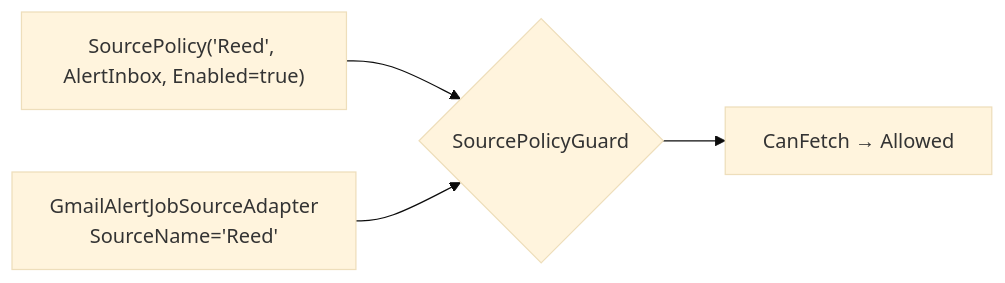
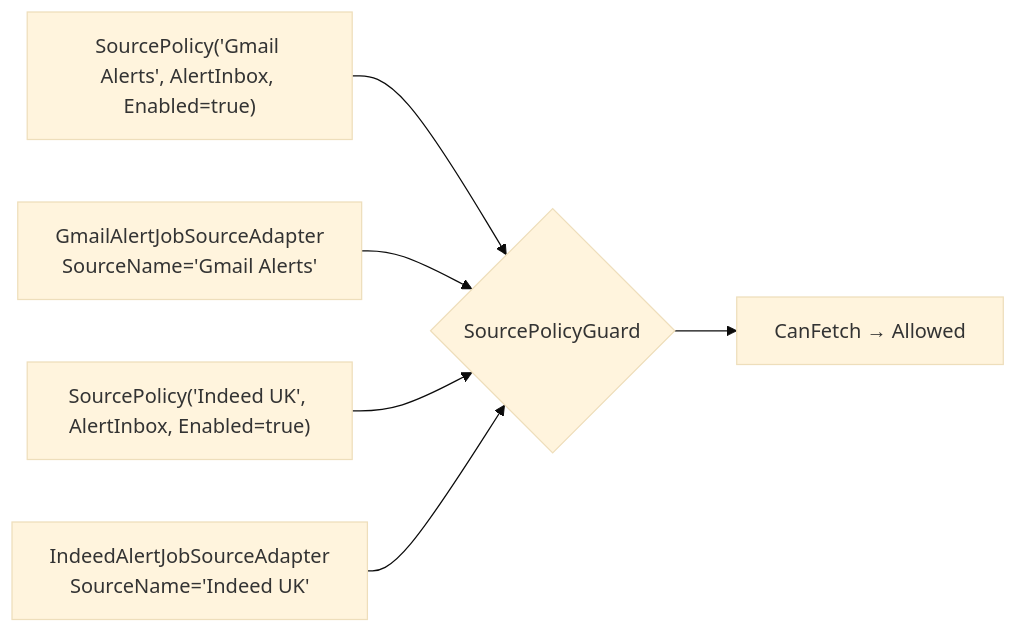
Before and after one commit to ekanatha-urivakili/AiJobSearchAgent: diagram 11 of 11 in docs/gmail-slack-integration.md, drawn with Mermaid (base theme). The commit also changed other lines of this file and 19 other files, not shown here.

````diff
--- a/docs/gmail-slack-integration.md
+++ b/docs/gmail-slack-integration.md
@@ -499,6 +495,8 @@
 ```mermaid
 flowchart LR
-    A["SourcePolicy('Reed', AlertInbox, Enabled=true)"] --> B{SourcePolicyGuard}
-    C["GmailAlertJobSourceAdapter\nSourceName='Reed'"] --> B
-    B --> D[CanFetch → Allowed]
+    A["SourcePolicy('Gmail Alerts', AlertInbox, Enabled=true)"] --> B{SourcePolicyGuard}
+    C["GmailAlertJobSourceAdapter\nSourceName='Gmail Alerts'"] --> B
+    D["SourcePolicy('Indeed UK', AlertInbox, Enabled=true)"] --> B
+    E["IndeedAlertJobSourceAdapter\nSourceName='Indeed UK'"] --> B
+    B --> F["CanFetch → Allowed"]
 ```
````
